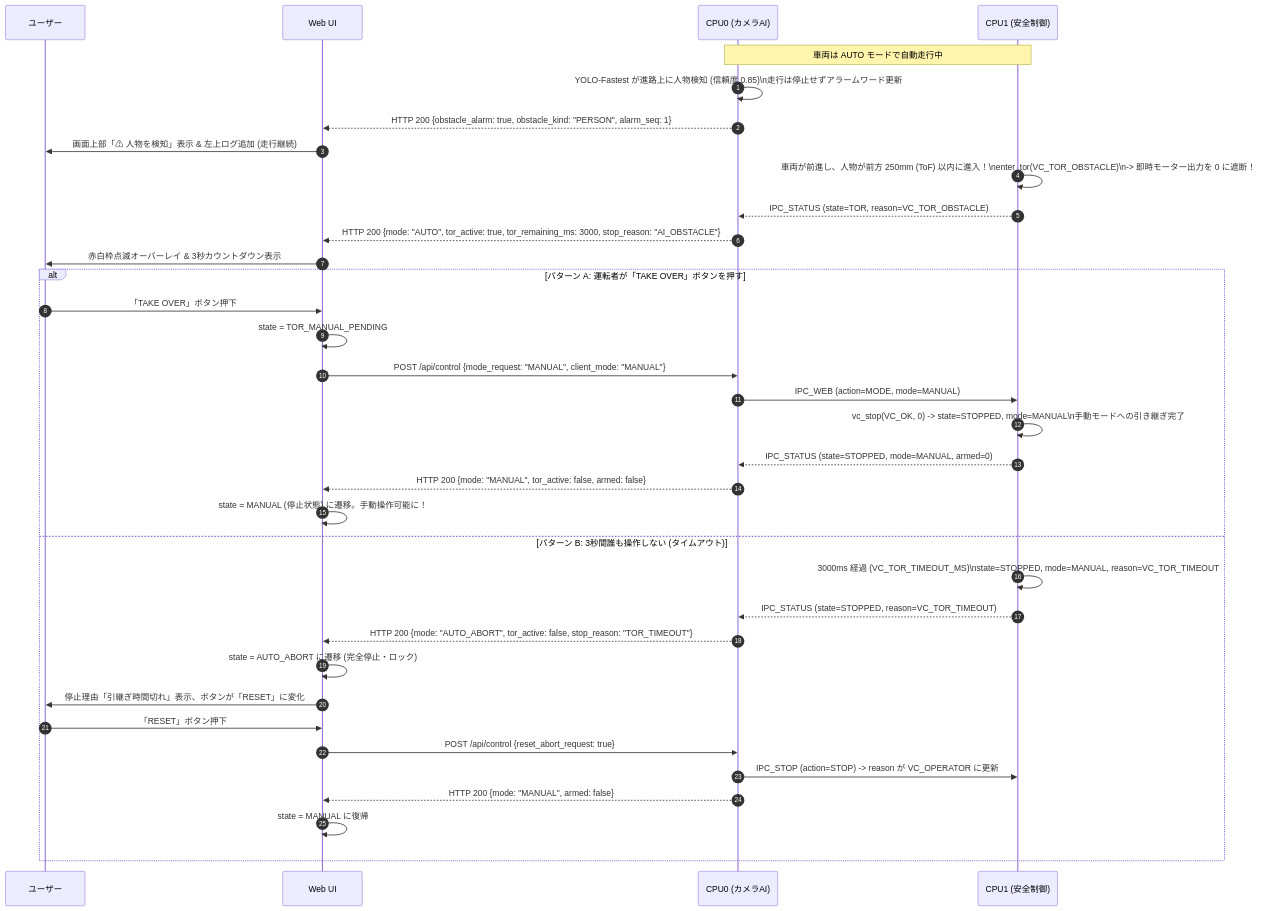
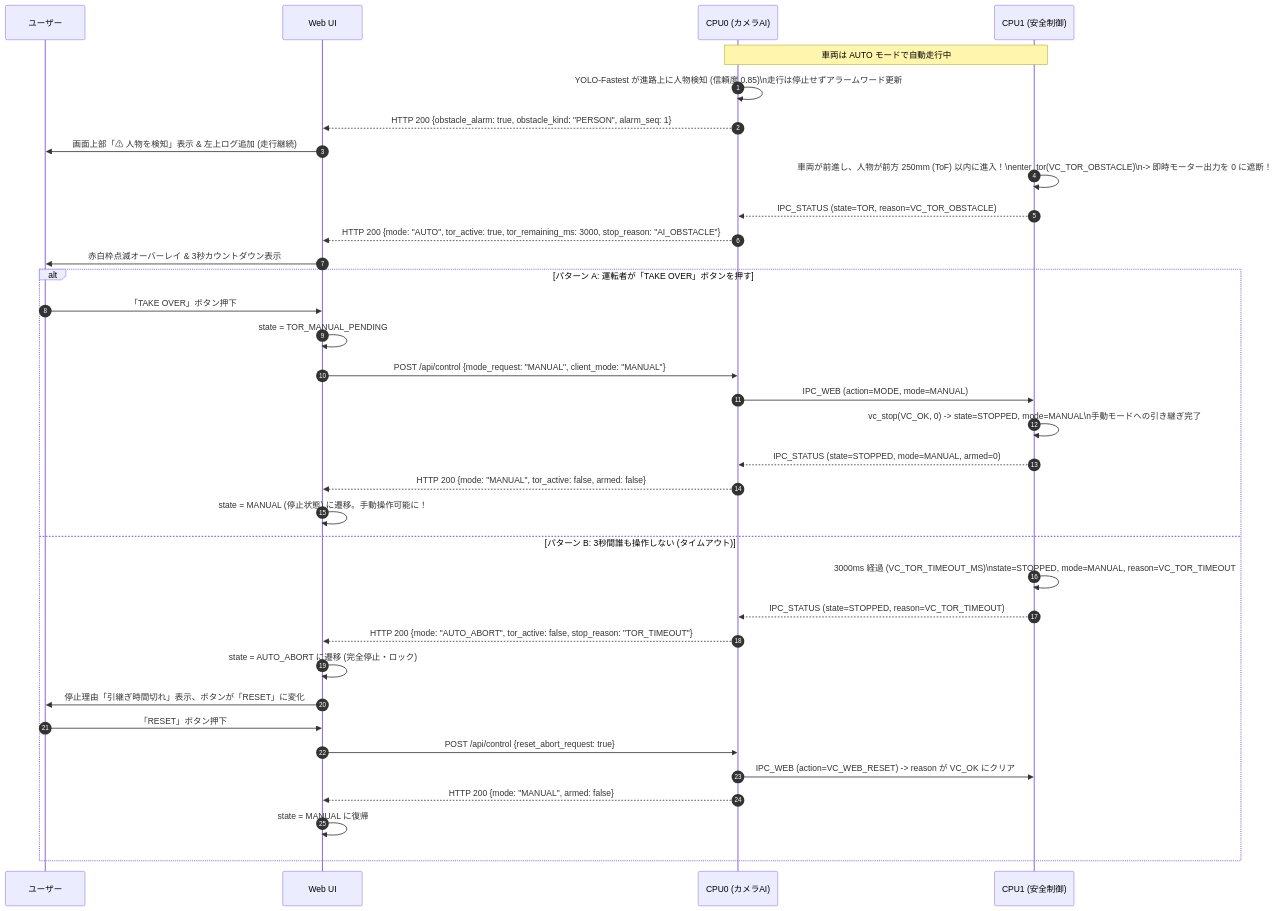
The sixth of 7 diagrams in docs/STATE_TRANSITION.md (tut-cc/tron-2026-autonomous-driving), drawn with Mermaid before and after one commit. The commit also changed other lines of this file and 7 other files, not shown here.

````diff
--- a/docs/STATE_TRANSITION.md
+++ b/docs/STATE_TRANSITION.md
@@ -225,41 +225,41 @@
 ```mermaid
 sequenceDiagram
     autonumber
     participant U as ユーザー
     participant W as Web UI
     participant M85 as CPU0 (カメラAI)
     participant M33 as CPU1 (安全制御)
 
     Note over M85, M33: 車両は AUTO モードで自動走行中
 
     M85->>M85: YOLO-Fastest が進路上に人物検知 (信頼度 0.85)\n走行は停止せずアラームワード更新
     M85-->>W: HTTP 200 {obstacle_alarm: true, obstacle_kind: "PERSON", alarm_seq: 1}
     W->>U: 画面上部「⚠ 人物を検知」表示 & 左上ログ追加 (走行継続)
 
     M33->>M33: 車両が前進し、人物が前方 250mm (ToF) 以内に進入！\nenter_tor(VC_TOR_OBSTACLE)\n-> 即時モーター出力を 0 に遮断！
     M33-->>M85: IPC_STATUS (state=TOR, reason=VC_TOR_OBSTACLE)
     M85-->>W: HTTP 200 {mode: "AUTO", tor_active: true, tor_remaining_ms: 3000, stop_reason: "AI_OBSTACLE"}
     W->>U: 赤白枠点滅オーバーレイ & 3秒カウントダウン表示
 
     alt パターン A: 運転者が「TAKE OVER」ボタンを押す
         U->>W: 「TAKE OVER」ボタン押下
         W->>W: state = TOR_MANUAL_PENDING
         W->>M85: POST /api/control {mode_request: "MANUAL", client_mode: "MANUAL"}
         M85->>M33: IPC_WEB (action=MODE, mode=MANUAL)
         M33->>M33: vc_stop(VC_OK, 0) -> state=STOPPED, mode=MANUAL\n手動モードへの引き継ぎ完了
         M33-->>M85: IPC_STATUS (state=STOPPED, mode=MANUAL, armed=0)
         M85-->>W: HTTP 200 {mode: "MANUAL", tor_active: false, armed: false}
         W->>W: state = MANUAL (停止状態) に遷移。手動操作可能に！
     else パターン B: 3秒間誰も操作しない (タイムアウト)
         M33->>M33: 3000ms 経過 (VC_TOR_TIMEOUT_MS)\nstate=STOPPED, mode=MANUAL, reason=VC_TOR_TIMEOUT
         M33-->>M85: IPC_STATUS (state=STOPPED, reason=VC_TOR_TIMEOUT)
         M85-->>W: HTTP 200 {mode: "AUTO_ABORT", tor_active: false, stop_reason: "TOR_TIMEOUT"}
         W->>W: state = AUTO_ABORT に遷移 (完全停止・ロック)
         W->>U: 停止理由「引継ぎ時間切れ」表示、ボタンが「RESET」に変化
         U->>W: 「RESET」ボタン押下
         W->>M85: POST /api/control {reset_abort_request: true}
-        M85->>M33: IPC_STOP (action=STOP) -> reason が VC_OPERATOR に更新
+        M85->>M33: IPC_WEB (action=VC_WEB_RESET) -> reason が VC_OK にクリア
         M85-->>W: HTTP 200 {mode: "MANUAL", armed: false}
         W->>W: state = MANUAL に復帰
     end
 ```
````
